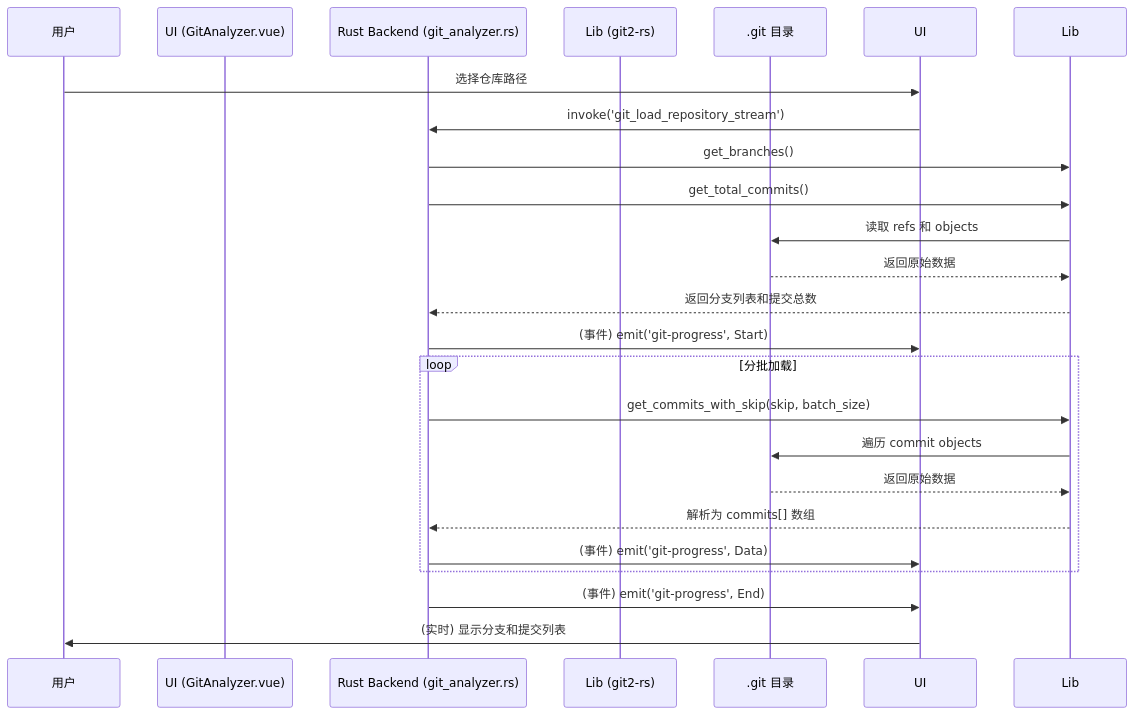
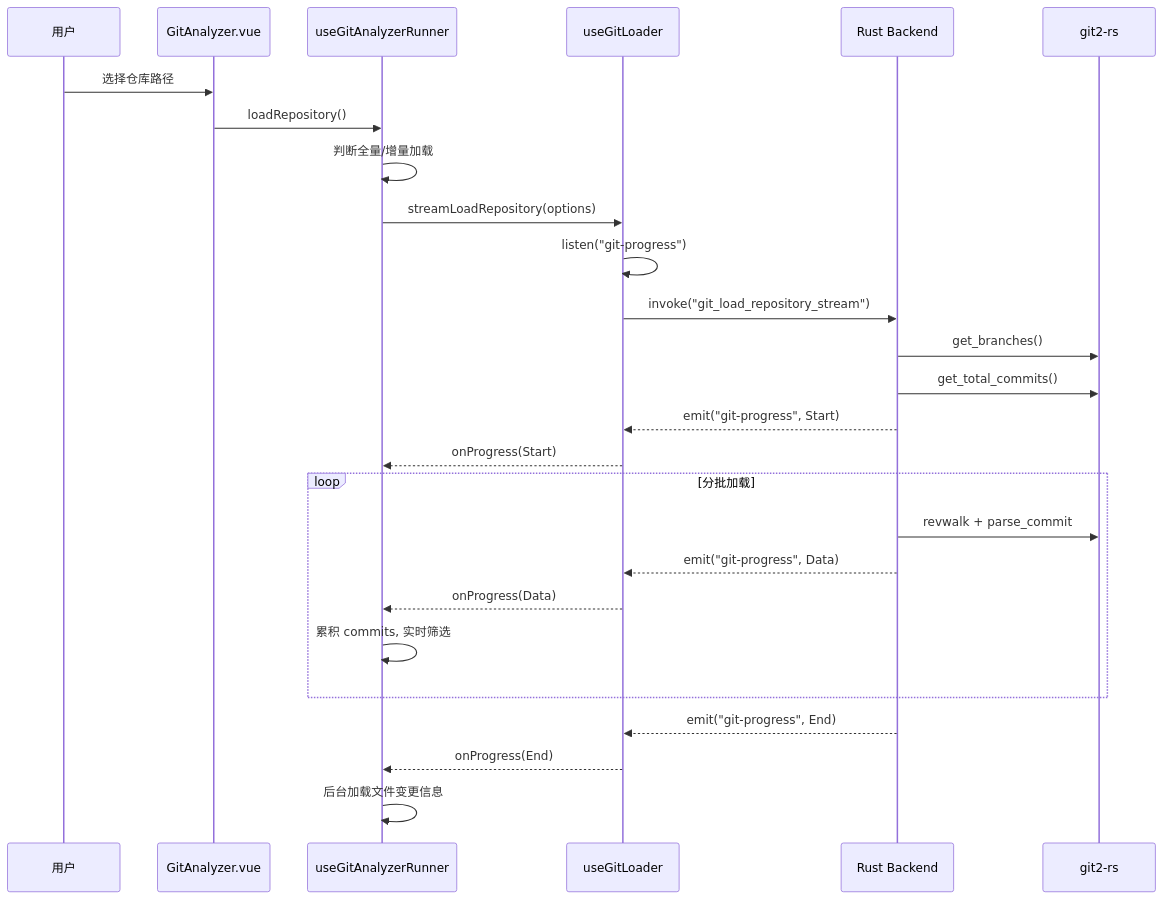
The diagram in src/tools/git-analyzer/ARCHITECTURE.md (miaotouy/aio-hub), drawn with Mermaid before and after one commit. The commit also changed other lines of this file, not shown here.

First line of the commit message:
docs(ARCHITECTURE): 更新 Git Analyzer 架构文档

````diff
--- a/src/tools/git-analyzer/ARCHITECTURE.md
+++ b/src/tools/git-analyzer/ARCHITECTURE.md
@@ -36,30 +95,32 @@
 ```mermaid
 sequenceDiagram
     participant User as 用户
-    participant UI (GitAnalyzer.vue)
-    participant Rust as Rust Backend (git_analyzer.rs)
-    participant Lib (git2-rs)
-    participant FS as .git 目录
+    participant View as GitAnalyzer.vue
+    participant Runner as useGitAnalyzerRunner
+    participant Loader as useGitLoader
+    participant Rust as Rust Backend
+    participant git2 as git2-rs
 
-    User->>UI: 选择仓库路径
-    UI->>Rust: invoke('git_load_repository_stream')
+    User->>View: 选择仓库路径
+    View->>Runner: loadRepository()
+    Runner->>Runner: 判断全量/增量加载
+    Runner->>Loader: streamLoadRepository(options)
+    Loader->>Loader: listen("git-progress")
+    Loader->>Rust: invoke("git_load_repository_stream")
 
-    Rust->>Lib: get_branches()
-    Rust->>Lib: get_total_commits()
-    Lib->>FS: 读取 refs 和 objects
-    FS-->>Lib: 返回原始数据
-    Lib-->>Rust: 返回分支列表和提交总数
-
-    Rust->>UI: (事件) emit('git-progress', Start)
+    Rust->>git2: get_branches()
+    Rust->>git2: get_total_commits()
+    Rust-->>Loader: emit("git-progress", Start)
+    Loader-->>Runner: onProgress(Start)
 
     loop 分批加载
-        Rust->>Lib: get_commits_with_skip(skip, batch_size)
-        Lib->>FS: 遍历 commit objects
-        FS-->>Lib: 返回原始数据
-        Lib-->>Rust: 解析为 commits[] 数组
-        Rust->>UI: (事件) emit('git-progress', Data)
+        Rust->>git2: revwalk + parse_commit
+        Rust-->>Loader: emit("git-progress", Data)
+        Loader-->>Runner: onProgress(Data)
+        Runner->>Runner: 累积 commits, 实时筛选
     end
 
-    Rust->>UI: (事件) emit('git-progress', End)
-    UI->>User: (实时) 显示分支和提交列表
+    Rust-->>Loader: emit("git-progress", End)
+    Loader-->>Runner: onProgress(End)
+    Runner->>Runner: 后台加载文件变更信息
 ```
````
